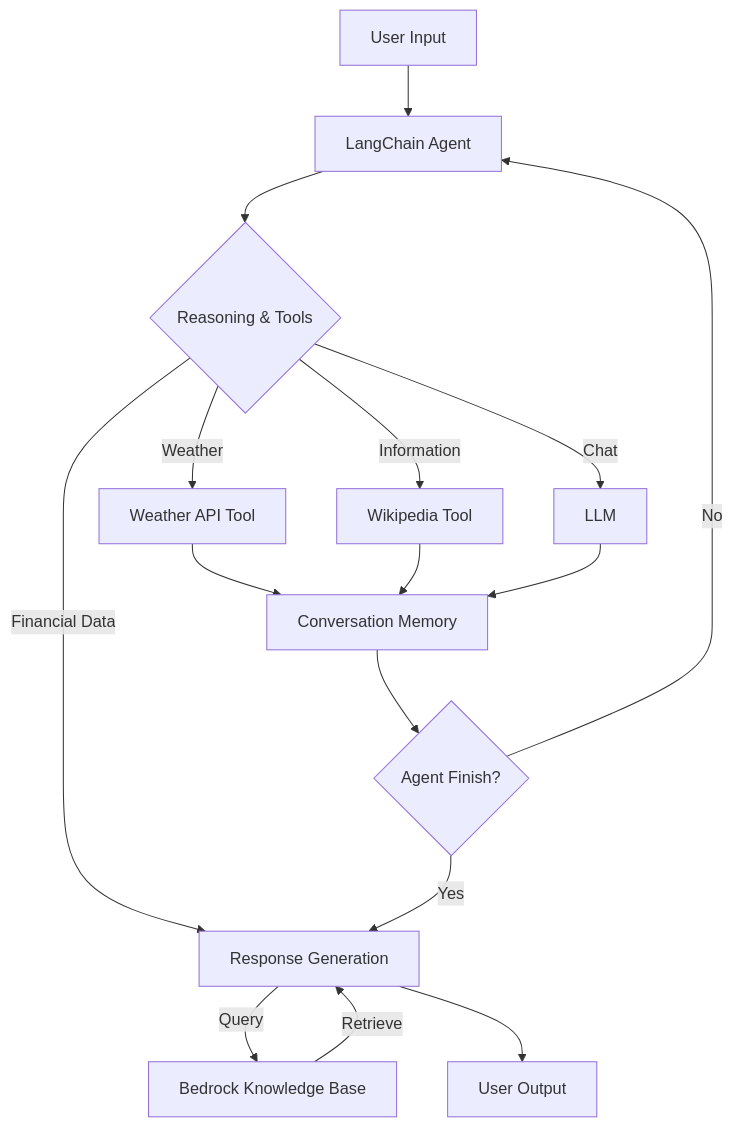
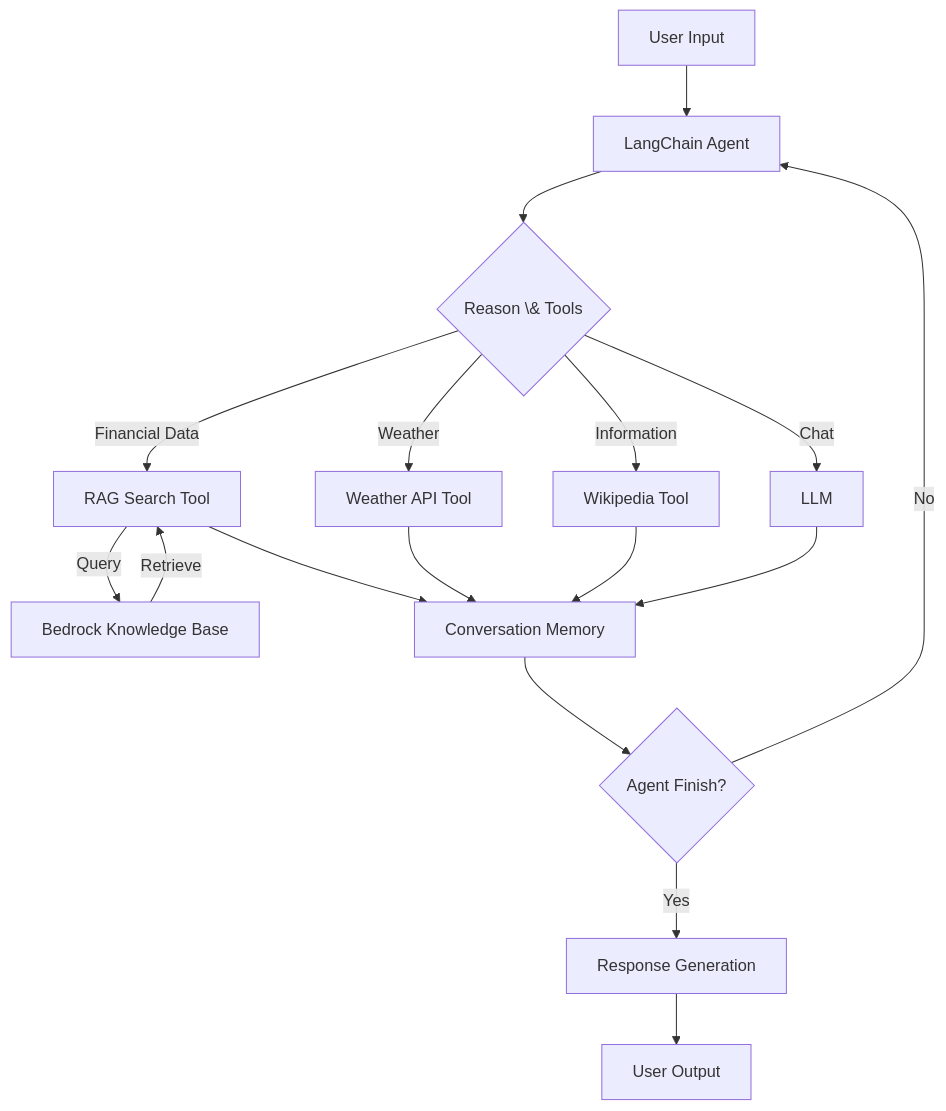
One commit to mameshini/ai-cookbook changed the diagram in src/langchain/README.md. Above: the diagram before and after it, drawn with Mermaid. The commit also changed 1 other file, not shown here.

Commit message:
docs: update diagram to show RAG tool

````diff
--- a/src/langchain/README.md
+++ b/src/langchain/README.md
@@ -22,24 +22,25 @@
 ```mermaid
 graph TD
     A[User Input] --> B[LangChain Agent]
-    B --> C{Reasoning & Tools}
+    B --> C{Reason \& Tools}
     
+    C -->|Financial Data| R[RAG Search Tool]
     C -->|Weather| D[Weather API Tool]
     C -->|Information| E[Wikipedia Tool]
-    C -->|Financial Data| F[RAG Search Tool]
     C -->|Chat| L[LLM]
-    
-    F -->|Query| H[Bedrock Knowledge Base]
-    H -->|Retrieve| F
 
+    R -->|Query| H[Bedrock Knowledge Base]
+    H -->|Retrieve| R
+
+    R --> M[Conversation Memory]
     D --> M[Conversation Memory]
     E --> M[Conversation Memory]
     L --> M[Conversation Memory]
-
+    
     M --> EVAL{Agent Finish?}
 
     EVAL -->|Yes| F[Response Generation]
     EVAL -->|No| B
 
     F --> G[User Output]
 ```
````
